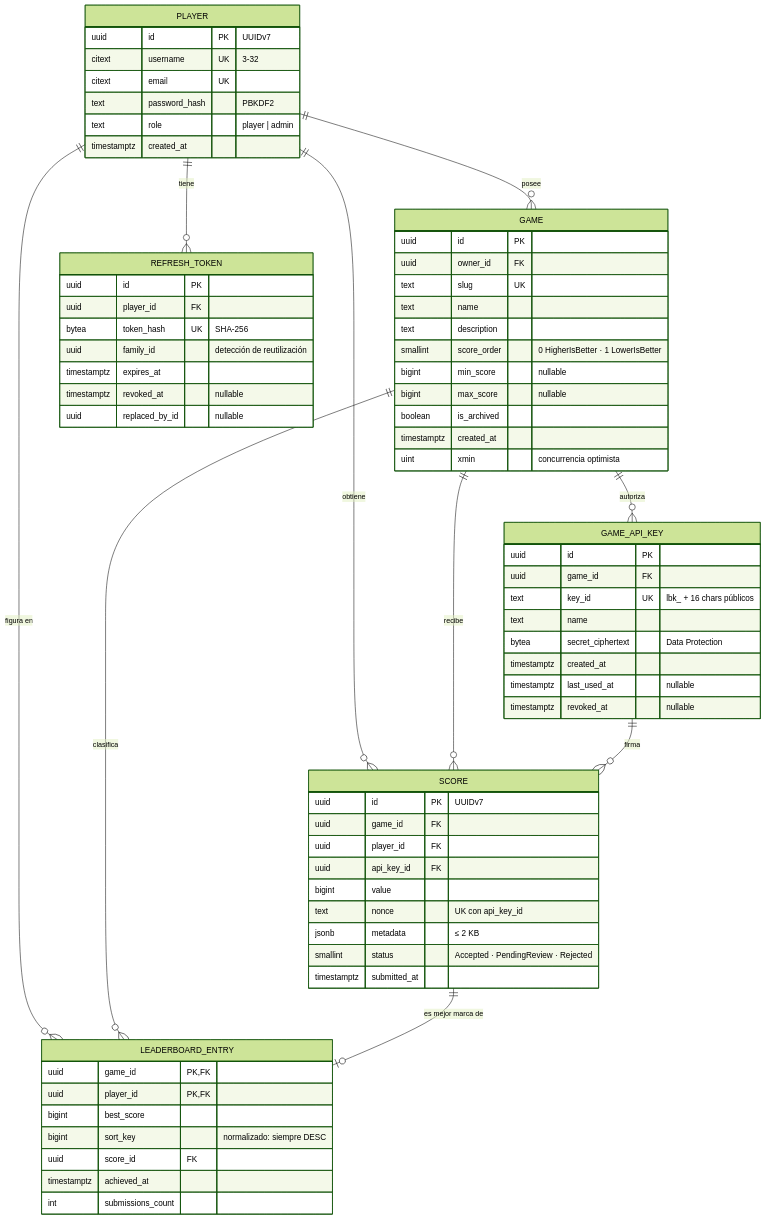
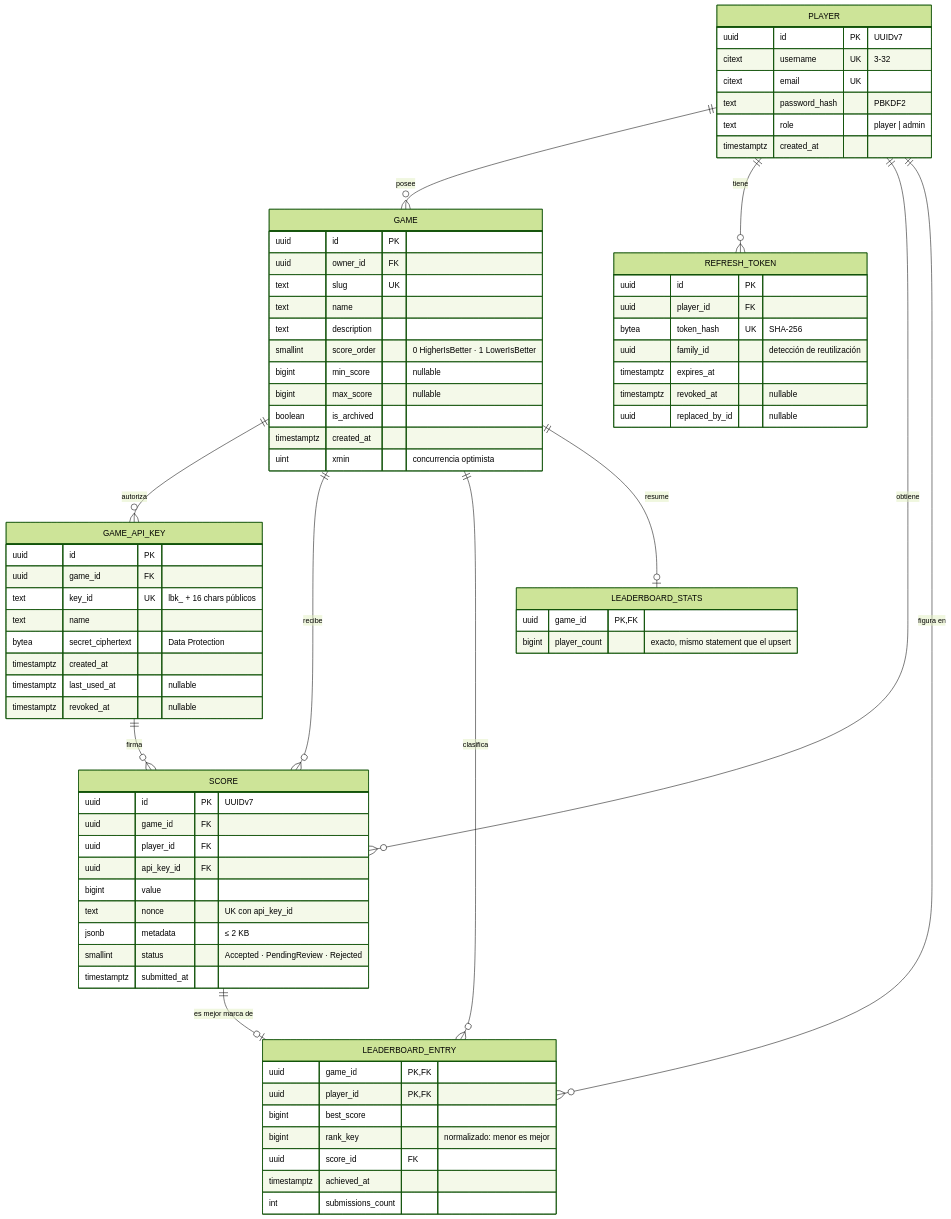
The fourth of 7 diagrams in docs/architecture.md (alba-alonso-dev/leaderboard-api), drawn with Mermaid (forest theme) before and after one commit. The commit also changed other lines of this file and 45 other files, not shown here.

````diff
--- a/docs/architecture.md
+++ b/docs/architecture.md
@@ -145,73 +145,78 @@
 ```mermaid
 erDiagram
     PLAYER ||--o{ GAME : "posee"
     PLAYER ||--o{ REFRESH_TOKEN : "tiene"
     PLAYER ||--o{ SCORE : "obtiene"
     PLAYER ||--o{ LEADERBOARD_ENTRY : "figura en"
     GAME ||--o{ GAME_API_KEY : "autoriza"
     GAME ||--o{ SCORE : "recibe"
     GAME ||--o{ LEADERBOARD_ENTRY : "clasifica"
+    GAME ||--o| LEADERBOARD_STATS : "resume"
     GAME_API_KEY ||--o{ SCORE : "firma"
     SCORE ||--o| LEADERBOARD_ENTRY : "es mejor marca de"
 
     PLAYER {
         uuid id PK "UUIDv7"
         citext username UK "3-32"
         citext email UK
         text password_hash "PBKDF2"
         text role "player | admin"
         timestamptz created_at
     }
     REFRESH_TOKEN {
         uuid id PK
         uuid player_id FK
         bytea token_hash UK "SHA-256"
         uuid family_id "detección de reutilización"
         timestamptz expires_at
         timestamptz revoked_at "nullable"
         uuid replaced_by_id "nullable"
     }
     GAME {
         uuid id PK
         uuid owner_id FK
         text slug UK
         text name
         text description
         smallint score_order "0 HigherIsBetter · 1 LowerIsBetter"
         bigint min_score "nullable"
         bigint max_score "nullable"
         boolean is_archived
         timestamptz created_at
         uint xmin "concurrencia optimista"
     }
     GAME_API_KEY {
         uuid id PK
         uuid game_id FK
         text key_id UK "lbk_ + 16 chars públicos"
         text name
         bytea secret_ciphertext "Data Protection"
         timestamptz created_at
         timestamptz last_used_at "nullable"
         timestamptz revoked_at "nullable"
     }
     SCORE {
         uuid id PK "UUIDv7"
         uuid game_id FK
         uuid player_id FK
         uuid api_key_id FK
         bigint value
         text nonce "UK con api_key_id"
         jsonb metadata "≤ 2 KB"
         smallint status "Accepted · PendingReview · Rejected"
         timestamptz submitted_at
     }
+    LEADERBOARD_STATS {
+        uuid game_id PK, FK
+        bigint player_count "exacto, mismo statement que el upsert"
+    }
     LEADERBOARD_ENTRY {
         uuid game_id PK, FK
         uuid player_id PK, FK
         bigint best_score
-        bigint sort_key "normalizado: siempre DESC"
+        bigint rank_key "normalizado: menor es mejor"
         uuid score_id FK
         timestamptz achieved_at
         int submissions_count
     }
 ```
````
